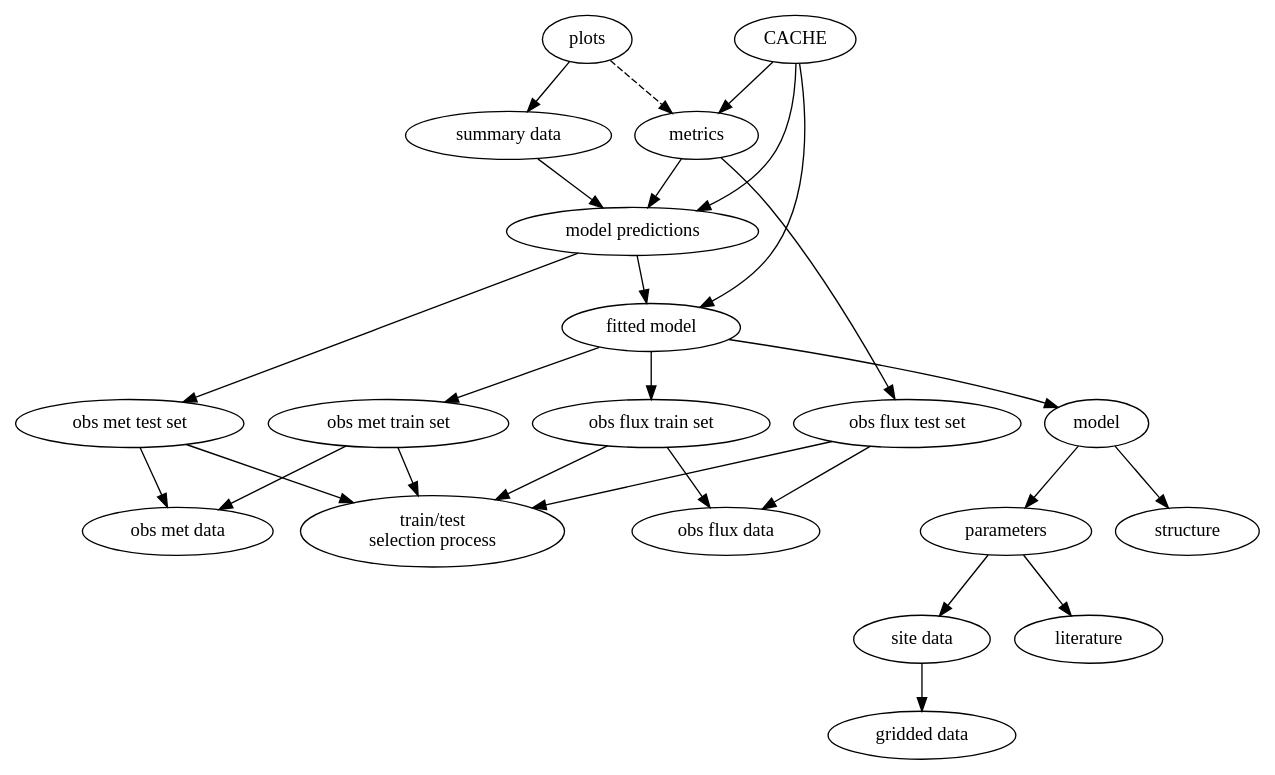
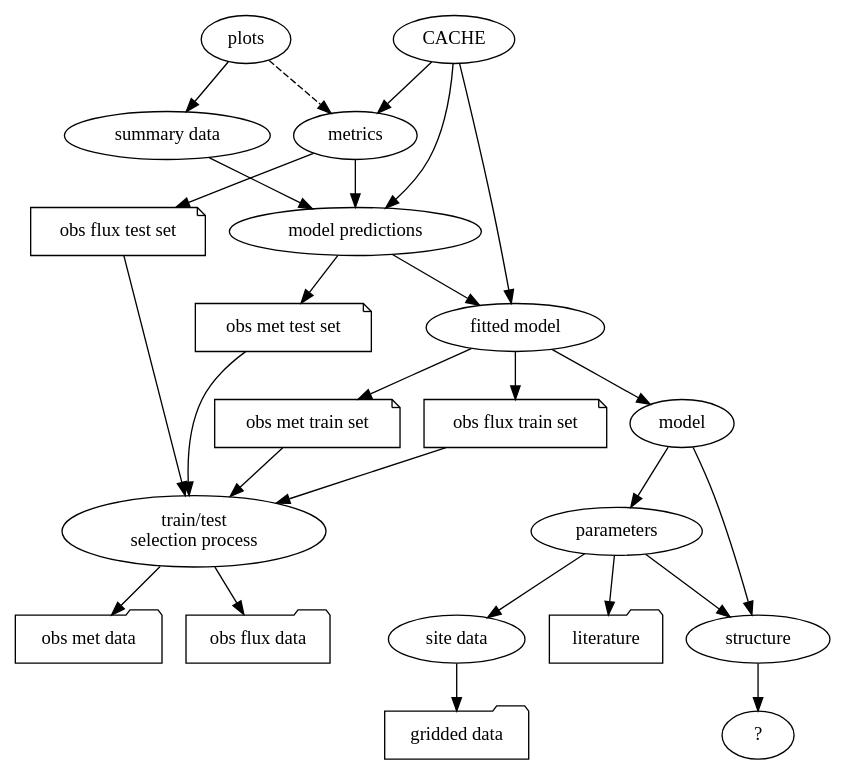
One commit to naught101/empirical_lsm changed the diagram in data_flow.dot. Above: the diagram before and after it, drawn with Graphviz.

Commit message:
update graph

```diff
--- a/data_flow.dot
+++ b/data_flow.dot
@@ -1,48 +1,61 @@
 digraph data_flow {
+
     plots -> summary_data;
     plots -> metrics [style=dashed];
+
     metrics -> obs_flux_test;
     metrics -> model_predictions;
+    summary_data -> model_predictions;
+
     model_predictions -> fitted_model;
     model_predictions -> obs_met_test;
+
     fitted_model -> model;
+    fitted_model -> obs_flux_train;
+    fitted_model -> obs_met_train;
+
     model -> structure;
     model -> parameters;
     parameters -> site_data;
     parameters -> literature;
-    fitted_model -> obs_flux_train;
-    fitted_model -> obs_met_train;
+    parameters -> structure;
+    structure -> "?";
+
+    // obs_flux_test -> obs_flux_data;
+    // obs_met_test -> obs_met_data;
+    // obs_flux_train -> obs_flux_data;
+    // obs_met_train -> obs_met_data;
+
     obs_flux_test -> tt_selection;
     obs_met_test -> tt_selection;
     obs_flux_train -> tt_selection;
     obs_met_train -> tt_selection;
-    obs_flux_test -> obs_flux_data;
-    obs_met_test -> obs_met_data;
-    obs_flux_train -> obs_flux_data;
-    obs_met_train -> obs_met_data;
-    summary_data -> model_predictions;
+
+    tt_selection -> obs_met_data;
+    tt_selection -> obs_flux_data;
+
     site_data -> gridded_data;
 
     CACHE -> model_predictions
     CACHE -> fitted_model
     CACHE -> metrics
 
-    fitted_model [label="fitted model"];
-    gridded_data [label="gridded data"];
-    literature;
+    plots;
     metrics;
+    summary_data      [label="summary data"];
+    model_predictions [label="model predictions"];
+    fitted_model      [label="fitted model"];
     model;
-    model_predictions [label="model predictions"];
-    obs_flux_data [label="obs flux data"];
-    obs_flux_test [label="obs flux test set"];
-    obs_flux_train [label="obs flux train set"];
-    obs_met_data      [label="obs met data"];
-    obs_met_test  [label="obs met test set"];
-    obs_met_train [label="obs met train set"];
+    structure;
+    literature        [label=literature, shape=folder];
     parameters;
-    plots;
     site_data         [label="site data"];
-    structure;
-    summary_data      [label="summary data"];
-    tt_selection [label="train/test\nselection process"];
+    gridded_data      [label="gridded data", shape=folder];
+    obs_flux_data     [label="obs flux data", shape=folder];
+    obs_flux_test     [label="obs flux test set", shape=note];
+    obs_flux_train    [label="obs flux train set", shape=note];
+    obs_met_data      [label="obs met data", shape=folder];
+    obs_met_test      [label="obs met test set", shape=note];
+    obs_met_train     [label="obs met train set", shape=note];
+    tt_selection      [label="train/test\nselection process"];
 }
```
